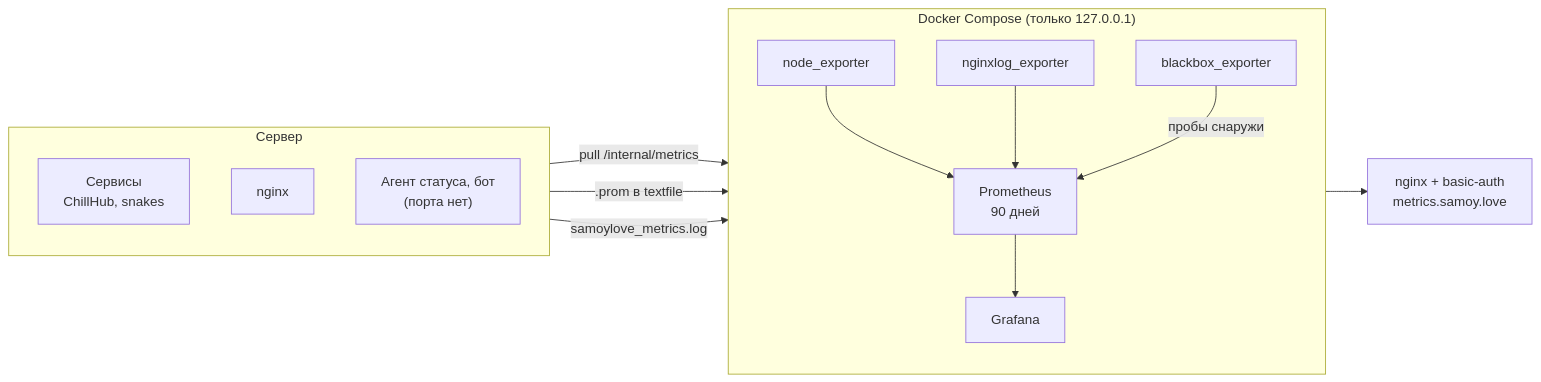
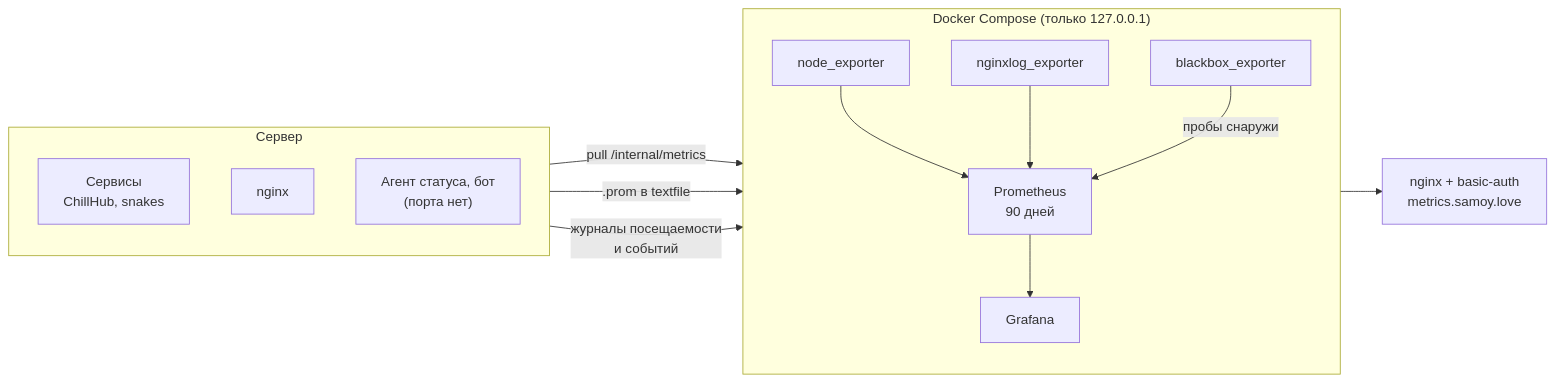
One commit to samoy-love/metrics.samoy.love changed the diagram in README.ru.md. Above: the diagram before and after it, drawn with Mermaid. The commit also changed other lines of this file and 4 other files, not shown here.

````diff
--- a/README.ru.md
+++ b/README.ru.md
@@ -40,27 +51,27 @@
 ```mermaid
 flowchart LR
     subgraph host["Сервер"]
         direction TB
         svc["Сервисы<br/>ChillHub, snakes"]
         nginx["nginx"]
         timer["Агент статуса, бот<br/>(порта нет)"]
     end
 
     subgraph compose["Docker Compose (только 127.0.0.1)"]
         direction TB
         node["node_exporter"]
         nglog["nginxlog_exporter"]
         bb["blackbox_exporter"]
         prom["Prometheus<br/>90 дней"]
         graf["Grafana"]
     end
 
     svc -->|"pull /internal/metrics"| prom
     timer -->|".prom в textfile"| node
-    nginx -->|"samoylove_metrics.log"| nglog
+    nginx -->|"журналы посещаемости<br/>и событий"| nglog
     node --> prom
     nglog --> prom
     bb -->|"пробы снаружи"| prom
     prom --> graf
     graf --> gate["nginx + basic-auth<br/>metrics.samoy.love"]
 ```
````
